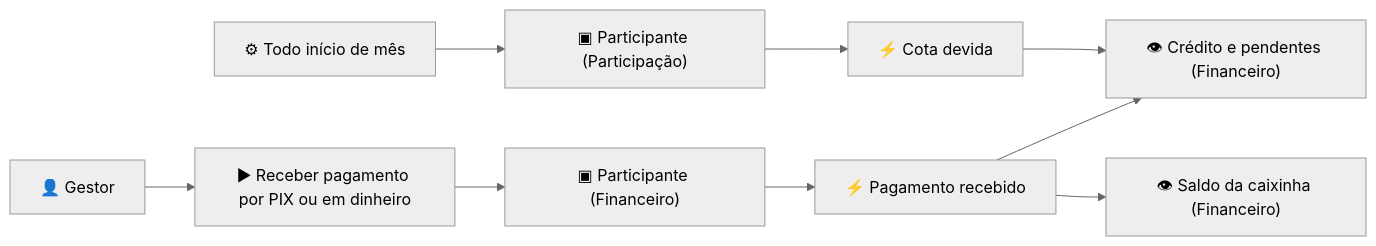
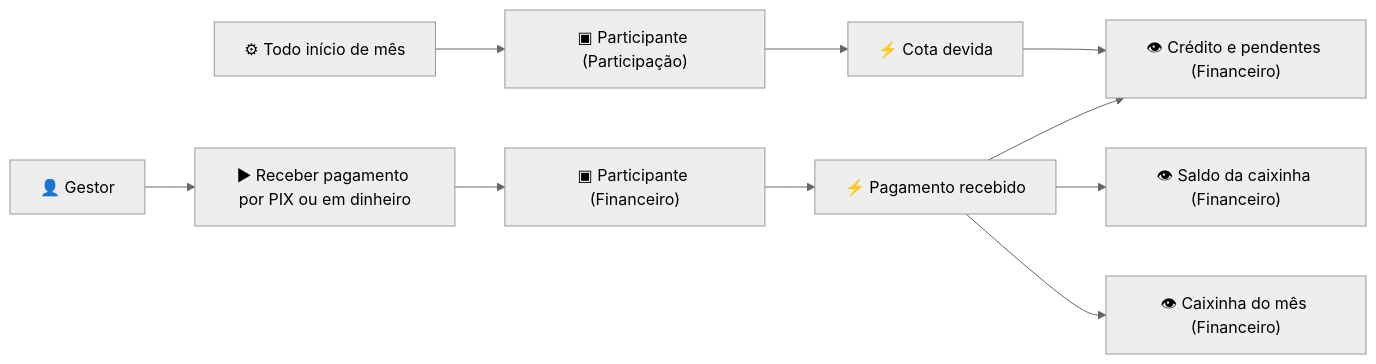
One commit to hsborges/facoffee-app changed the third of 7 diagrams in docs/dominio/MODELOS.md. Above: the diagram before and after it, drawn with Mermaid. The commit also changed other lines of this file and 31 other files, not shown here.

First line of the commit message:
feat(financeiro)!: tipo de gasto e caixinha do mês (#86)

````diff
--- a/docs/dominio/MODELOS.md
+++ b/docs/dominio/MODELOS.md
@@ -120,10 +122,11 @@
 ```mermaid
 %%{init: {"theme": "neutral"}}%%
 flowchart LR
 
     P1["⚙ Todo início de mês"] --> G1["▣ Participante (Participação)"] --> E1["⚡ Cota devida"]
     A1["👤 Gestor"] --> C1["▶ Receber pagamento por PIX ou em dinheiro"] --> G2["▣ Participante (Financeiro)"] --> E2["⚡ Pagamento recebido"]
     E1 --> R1["👁 Crédito e pendentes (Financeiro)"]
     E2 --> R1
     E2 --> R2["👁 Saldo da caixinha (Financeiro)"]
+    E2 --> R3["👁 Caixinha do mês (Financeiro)"]
 ```
````
